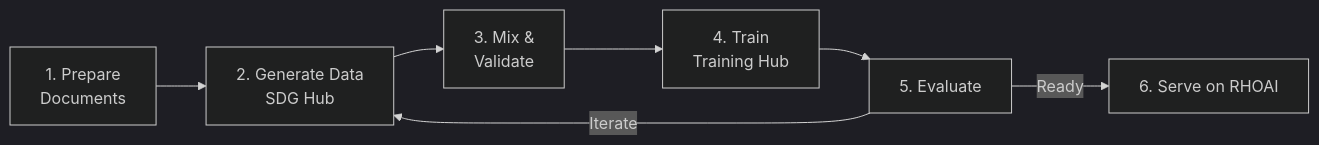
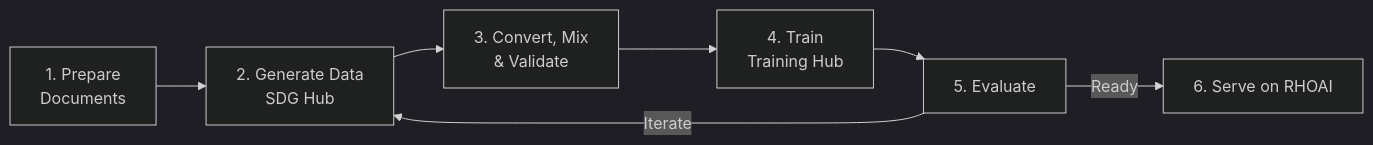
Before and after one commit to rrbanda/rhoai: the diagram in docs/end-to-end/knowledge-tuning.md, drawn with Mermaid (dark theme). The commit also changed other lines of this file and 3 other files, not shown here.

````diff
--- a/docs/end-to-end/knowledge-tuning.md
+++ b/docs/end-to-end/knowledge-tuning.md
@@ -7,9 +16,9 @@
 ```mermaid
 graph LR
     A[1. Prepare<br/>Documents] --> B[2. Generate Data<br/>SDG Hub]
-    B --> C[3. Mix &<br/>Validate]
+    B --> C[3. Convert, Mix<br/>& Validate]
     C --> D[4. Train<br/>Training Hub]
     D --> E[5. Evaluate]
     E -->|Iterate| B
     E -->|"Ready"| F[6. Serve on RHOAI]
 ```
````
